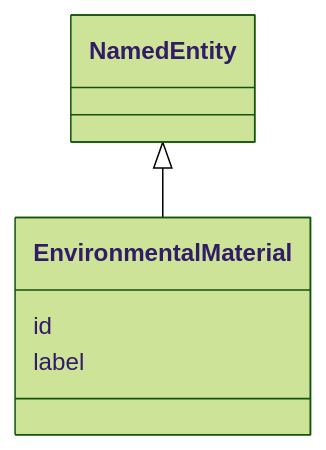
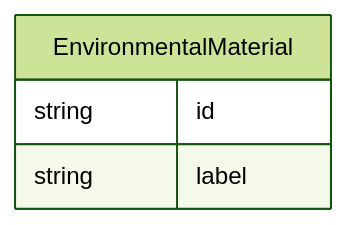
The diagram in docs/environmental_sample/EnvironmentalMaterial.md (monarch-initiative/ontogpt), drawn with Mermaid (forest theme) before and after one commit. The commit also changed 187 other files, not shown here.

````diff
--- a/docs/environmental_sample/EnvironmentalMaterial.md
+++ b/docs/environmental_sample/EnvironmentalMaterial.md
@@ -8,9 +8,10 @@
 ```mermaid
- classDiagram
-    class EnvironmentalMaterial
-      NamedEntity <|-- EnvironmentalMaterial
-      
-      EnvironmentalMaterial : id
-      EnvironmentalMaterial : label
-      
+erDiagram
+EnvironmentalMaterial {
+    string id  
+    string label  
+}
+
+
+
 ```
````
